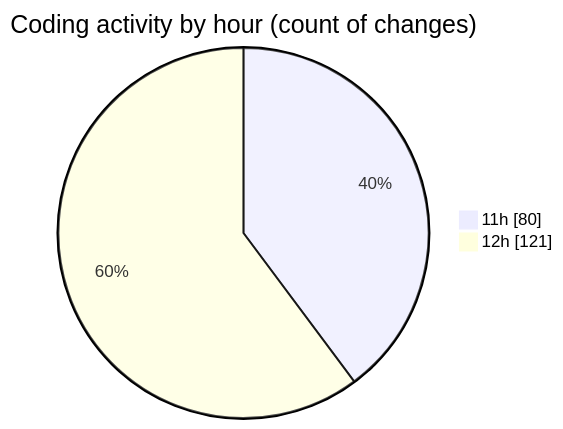
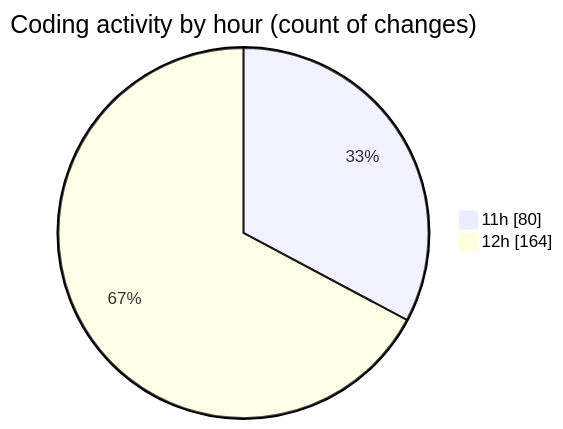
One commit to nxtqubesakshisongat/code-tracking changed the second of 2 diagrams in 2025-04-19/nxtqube_webapp/README.md. Above: the diagram before and after it, drawn with Mermaid. The commit also changed other lines of this file and 1 other file, not shown here.

````diff
--- a/2025-04-19/nxtqube_webapp/README.md
+++ b/2025-04-19/nxtqube_webapp/README.md
@@ -37,6 +38,6 @@
 ```mermaid
 pie showData
 title Coding activity by hour (count of changes)
 "11h" : 80
-"12h" : 121
+"12h" : 164
 ```
````
